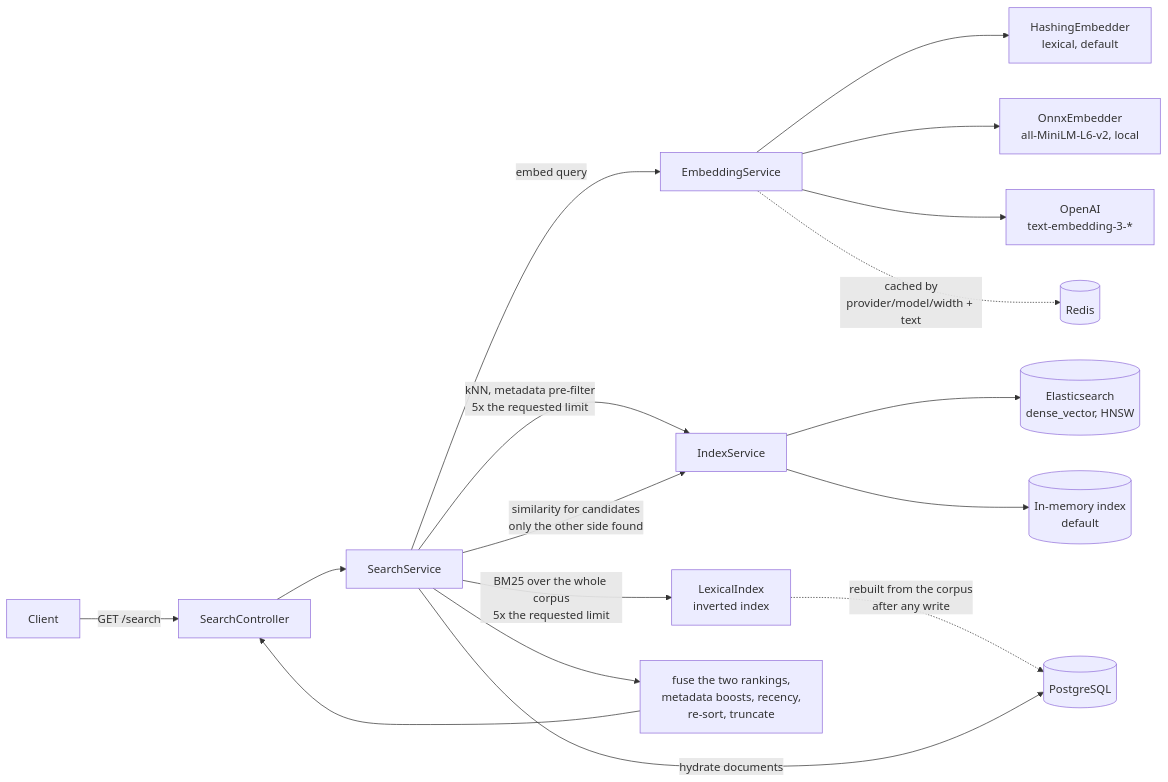
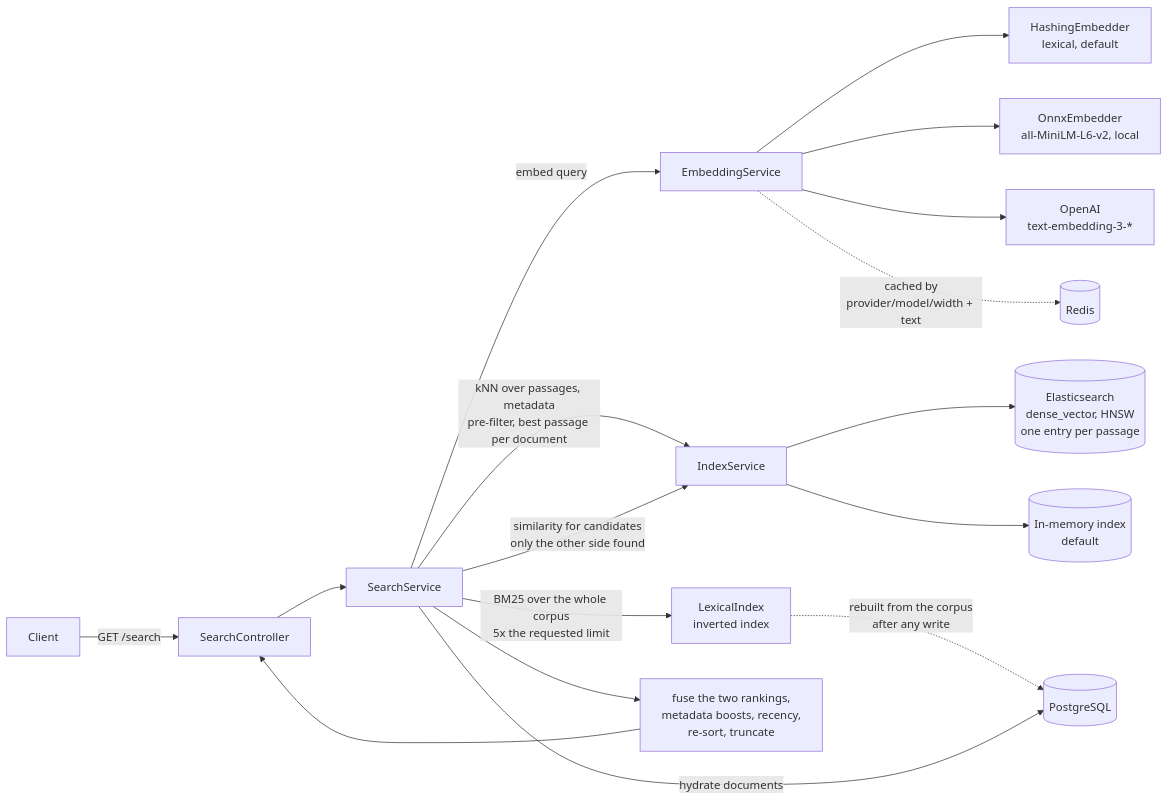
Before and after one commit to QHarshil/SemanticSearch: the diagram in README.md, drawn with Mermaid. The commit also changed other lines of this file and 13 other files, not shown here.

First line of the commit message:
feat(index): split documents into overlapping passages

````diff
--- a/README.md
+++ b/README.md
@@ -19,19 +19,19 @@
 ```mermaid
 flowchart LR
     C[Client] -->|GET /search| SC[SearchController]
     SC --> S[SearchService]
     S -->|embed query| EM[EmbeddingService]
     EM --> HE[HashingEmbedder<br/>lexical, default]
     EM --> ON[OnnxEmbedder<br/>all-MiniLM-L6-v2, local]
     EM --> OA[OpenAI<br/>text-embedding-3-*]
     EM -.->|cached by<br/>provider/model/width + text| RD[(Redis)]
-    S -->|kNN, metadata pre-filter<br/>5x the requested limit| IX[IndexService]
-    IX --> ES[(Elasticsearch<br/>dense_vector, HNSW)]
+    S -->|kNN over passages, metadata<br/>pre-filter, best passage per document| IX[IndexService]
+    IX --> ES[(Elasticsearch<br/>dense_vector, HNSW<br/>one entry per passage)]
     IX --> MM[(In-memory index<br/>default)]
     S -->|BM25 over the whole corpus<br/>5x the requested limit| LX[LexicalIndex<br/>inverted index]
     LX -.->|rebuilt from the corpus<br/>after any write| PG[(PostgreSQL)]
     S -->|hydrate documents| PG
     S -->|similarity for candidates<br/>only the other side found| IX
     S --> FU[fuse the two rankings,<br/>metadata boosts, recency,<br/>re-sort, truncate]
     FU --> SC
 ```
````
